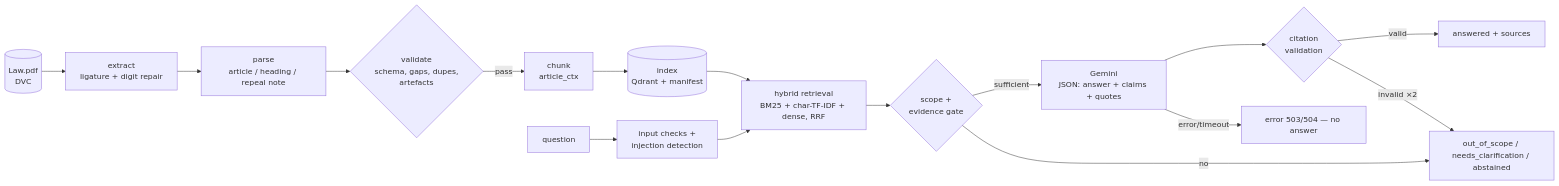
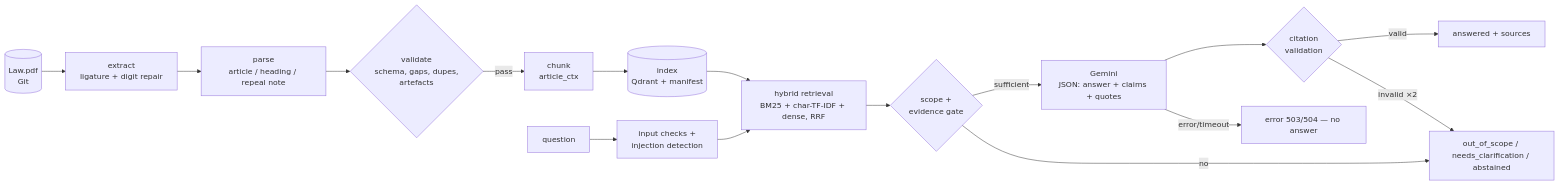
Before and after one commit to 2menna2/RAG-Arabic-Legal-Document-Q-A: the diagram in README.md, drawn with Mermaid. The commit also changed other lines of this file and 36 other files, not shown here.

````diff
--- a/README.md
+++ b/README.md
@@ -30,10 +30,10 @@
 ```mermaid
 flowchart LR
-  PDF[(Law.pdf<br/>DVC)] --> X[extract<br/>ligature + digit repair] --> P[parse<br/>article / heading / repeal note] --> V{validate<br/>schema, gaps, dupes,<br/>artefacts}
+  PDF[(Law.pdf<br/>Git)] --> X[extract<br/>ligature + digit repair] --> P[parse<br/>article / heading / repeal note] --> V{validate<br/>schema, gaps, dupes,<br/>artefacts}
   V -->|pass| C[chunk<br/>article_ctx] --> I[(index<br/>Qdrant + manifest)]
   Q[question] --> G1[input checks +<br/>injection detection] --> R[hybrid retrieval<br/>BM25 + char-TF-IDF + dense, RRF]
   I --> R --> S{scope +<br/>evidence gate} -->|sufficient| LLM[Gemini<br/>JSON: answer + claims + quotes] --> CV{citation<br/>validation} -->|valid| A[answered + sources]
   S -->|no| AB[out_of_scope / needs_clarification / abstained]
   CV -->|invalid ×2| AB
   LLM -->|error/timeout| E[error 503/504 — no answer]
 ```
````
